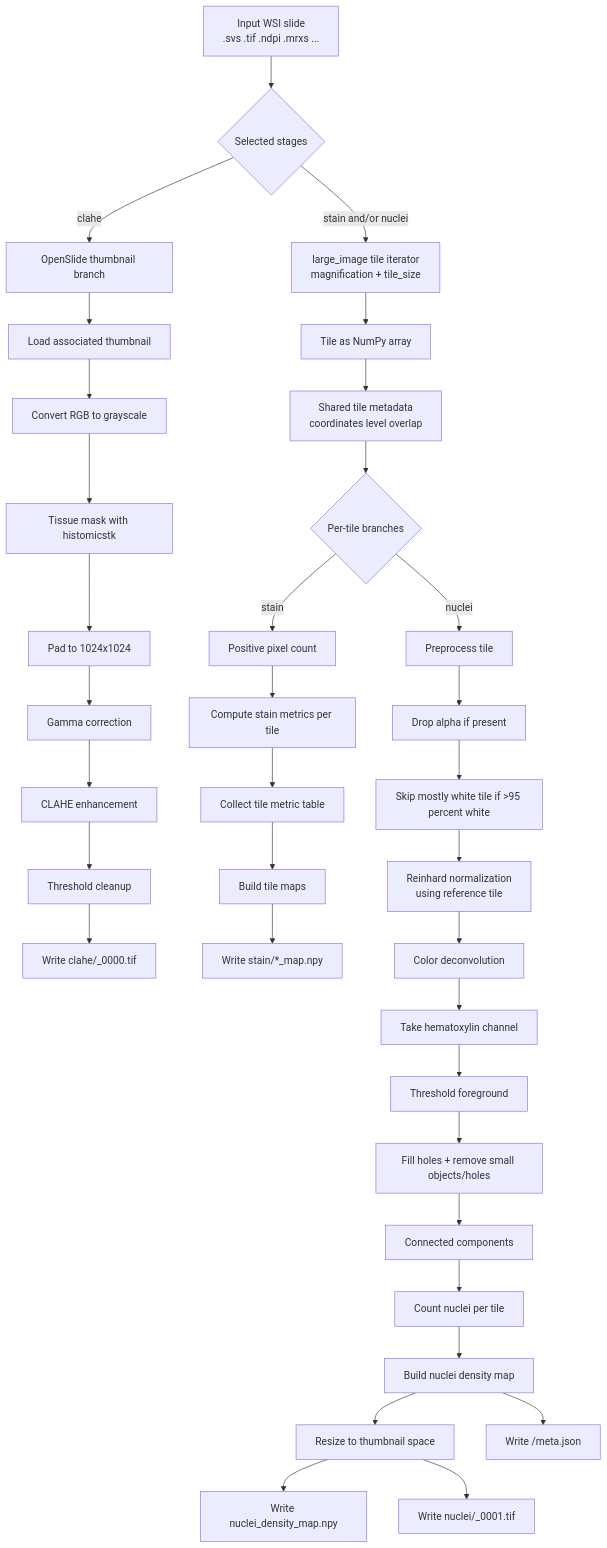
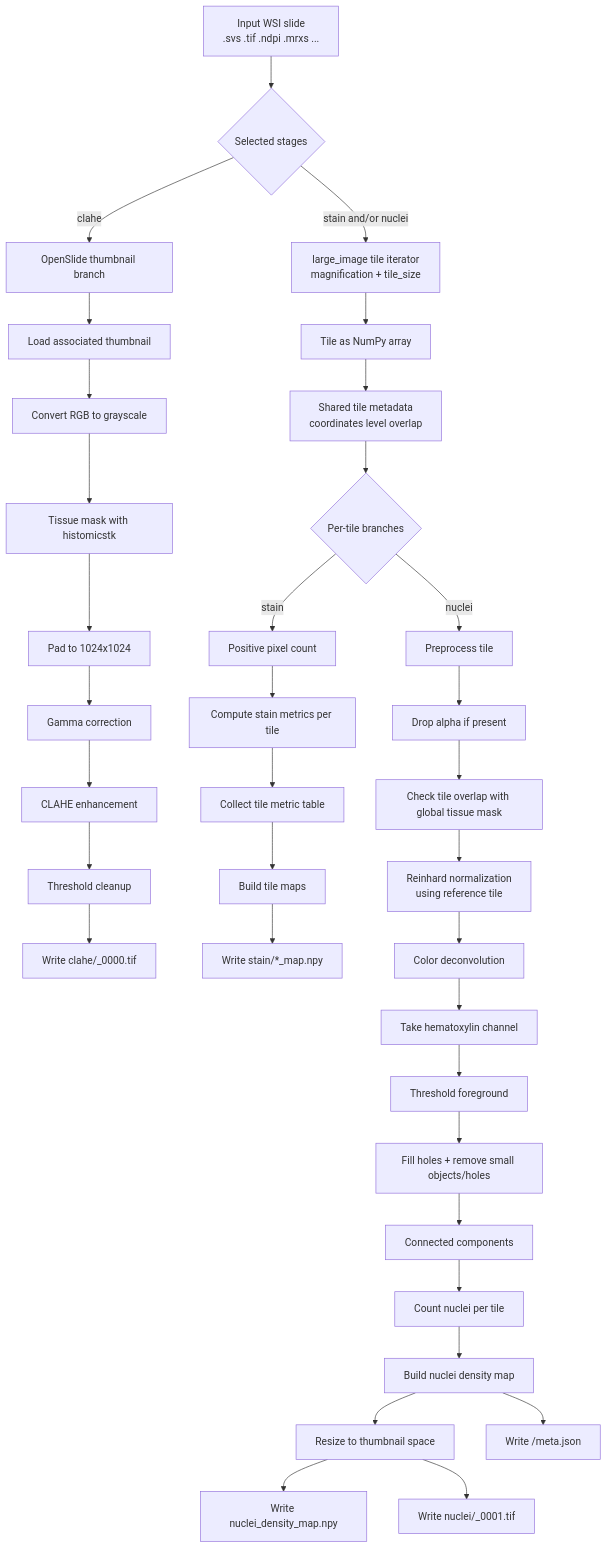
Before and after one commit to hombre111/histoprocessor: the diagram in README.md, drawn with Mermaid. The commit also changed other lines of this file and 2 other files, not shown here.

Commit message:
Added a tissue filter to skill tiles that are not tissue.

````diff
--- a/README.md
+++ b/README.md
@@ -32,41 +32,41 @@
 ```mermaid
 flowchart TD
     A[Input WSI slide<br/>.svs .tif .ndpi .mrxs ...] --> B{Selected stages}
     B -->|clahe| C[OpenSlide thumbnail branch]
     B -->|stain and/or nuclei| D[large_image tile iterator<br/>magnification + tile_size]
 
     C --> C1[Load associated thumbnail]
     C1 --> C2[Convert RGB to grayscale]
     C2 --> C3[Tissue mask with histomicstk]
     C3 --> C4[Pad to 1024x1024]
     C4 --> C5[Gamma correction]
     C5 --> C6[CLAHE enhancement]
     C6 --> C7[Threshold cleanup]
     C7 --> C8[Write clahe/<stem>_0000.tif]
 
     D --> E[Tile as NumPy array]
     E --> F[Shared tile metadata<br/>coordinates level overlap]
     F --> G{Per-tile branches}
 
     G -->|stain| H[Positive pixel count]
     H --> H1[Compute stain metrics per tile]
     H1 --> H2[Collect tile metric table]
     H2 --> H3[Build tile maps]
     H3 --> H4[Write stain/*_map.npy]
 
     G -->|nuclei| I[Preprocess tile]
     I --> I1[Drop alpha if present]
-    I1 --> I2[Skip mostly white tile if >95 percent white]
+    I1 --> I2[Check tile overlap with global tissue mask]
     I2 --> I3[Reinhard normalization<br/>using reference tile]
     I3 --> I4[Color deconvolution]
     I4 --> I5[Take hematoxylin channel]
     I5 --> I6[Threshold foreground]
     I6 --> I7[Fill holes + remove small objects/holes]
     I7 --> I8[Connected components]
     I8 --> I9[Count nuclei per tile]
     I9 --> I10[Build nuclei density map]
     I10 --> I11[Resize to thumbnail space]
     I11 --> I12[Write nuclei_density_map.npy]
     I11 --> I13[Write nuclei/<stem>_0001.tif]
     I10 --> I14[Write <sample>/meta.json]
 ```
````
